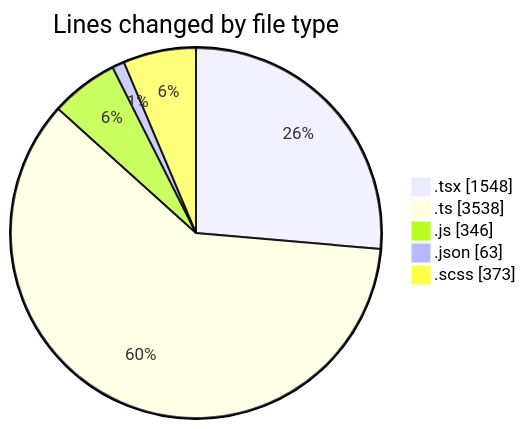
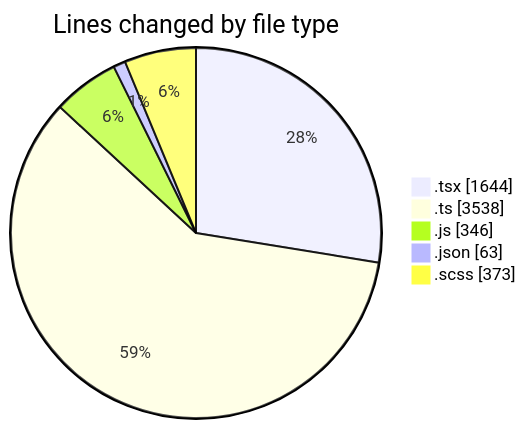
Before and after one commit to momahboobian/code-tracking: the first of 2 diagrams in 2025-12-01/cda/README.md, drawn with Mermaid. The commit also changed other lines of this file and 1 other file, not shown here.

````diff
--- a/2025-12-01/cda/README.md
+++ b/2025-12-01/cda/README.md
@@ -33,9 +33,9 @@
 ```mermaid
 pie showData
 title Lines changed by file type
-".tsx" : 1548
+".tsx" : 1644
 ".ts" : 3538
 ".js" : 346
 ".json" : 63
 ".scss" : 373
 ```
````
